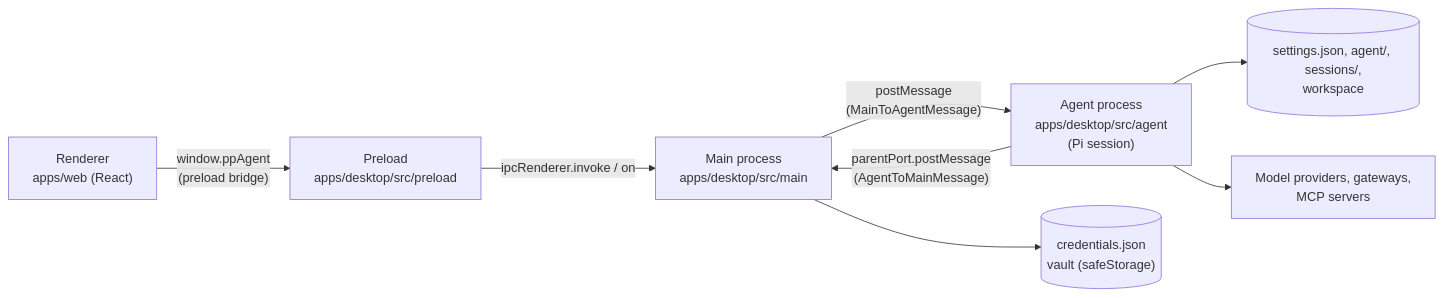
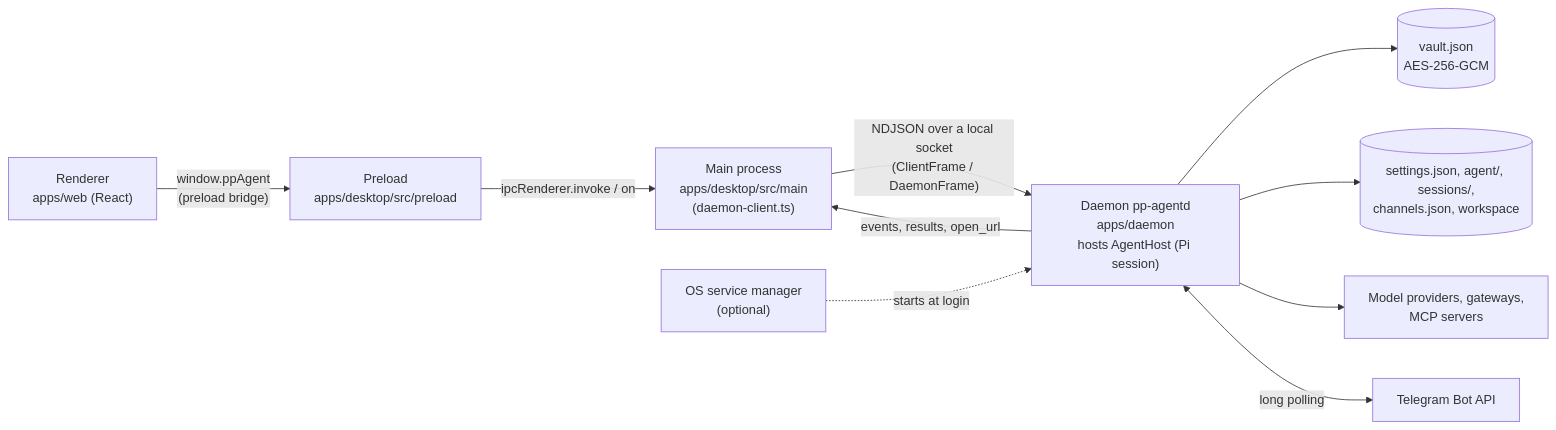
Before and after one commit to pp-techs/pp-agent: the first of 2 diagrams in docs/architecture/process-model.md, drawn with Mermaid. The commit also changed other lines of this file and 167 other files, not shown here.

First line of the commit message:
feat(agent): run the agent in a background daemon and add a Telegram channel (#16)

````diff
--- a/docs/architecture/process-model.md
+++ b/docs/architecture/process-model.md
@@ -5,10 +5,12 @@
 ```mermaid
 flowchart LR
   R["Renderer<br/>apps/web (React)"] -- "window.ppAgent<br/>(preload bridge)" --> P["Preload<br/>apps/desktop/src/preload"]
-  P -- "ipcRenderer.invoke / on" --> M["Main process<br/>apps/desktop/src/main"]
-  M -- "postMessage<br/>(MainToAgentMessage)" --> A["Agent process<br/>apps/desktop/src/agent<br/>(Pi session)"]
-  A -- "parentPort.postMessage<br/>(AgentToMainMessage)" --> M
-  M --> V[("credentials.json<br/>vault (safeStorage)")]
-  A --> F[("settings.json, agent/, sessions/,<br/>workspace")]
-  A --> N["Model providers, gateways,<br/>MCP servers"]
+  P -- "ipcRenderer.invoke / on" --> M["Main process<br/>apps/desktop/src/main<br/>(daemon-client.ts)"]
+  M -- "NDJSON over a local socket<br/>(ClientFrame / DaemonFrame)" --> D["Daemon pp-agentd<br/>apps/daemon<br/>hosts AgentHost (Pi session)"]
+  D -- "events, results, open_url" --> M
+  D --> V[("vault.json<br/>AES-256-GCM")]
+  D --> F[("settings.json, agent/, sessions/,<br/>channels.json, workspace")]
+  D --> N["Model providers, gateways,<br/>MCP servers"]
+  D <-- "long polling" --> T["Telegram Bot API"]
+  S["OS service manager<br/>(optional)"] -. "starts at login" .-> D
 ```
````
